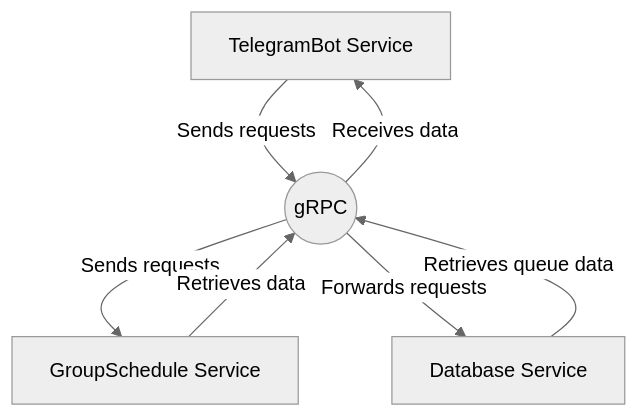
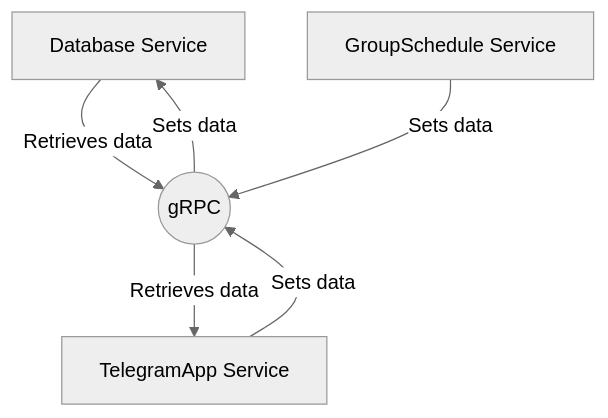
Before and after one commit to TheActualTwinkle/LOR: the diagram in README.md, drawn with Mermaid (neutral theme). The commit also changed 46 other files, not shown here.

Commit message:
Moved telegram grpc commands: Lor.GroupScheduleApp->Lor.DatabaseApp

````diff
--- a/README.md
+++ b/README.md
@@ -6,9 +6,8 @@
 ```mermaid
 flowchart TD;
-    A[TelegramBot Service] -->|Sends requests| B((gRPC));
-    B -->|Sends requests| D[GroupSсhedule Service];
-    D -->|Retrieves data| B;
-    B -->|Forwards requests| C[Database Service];
-    C -->|Retrieves queue data| B;
-    B --> |Receives data| A
+    A[Database Service] -->|Retrieves data| B((gRPC));
+    B -->|Retrieves data| D[TelegramApp Service];
+    D -->|Sets data| B;
+    C[GroupSchedule Service] -->|Sets data| B;
+    B --> |Sets data| A
 ```
````
